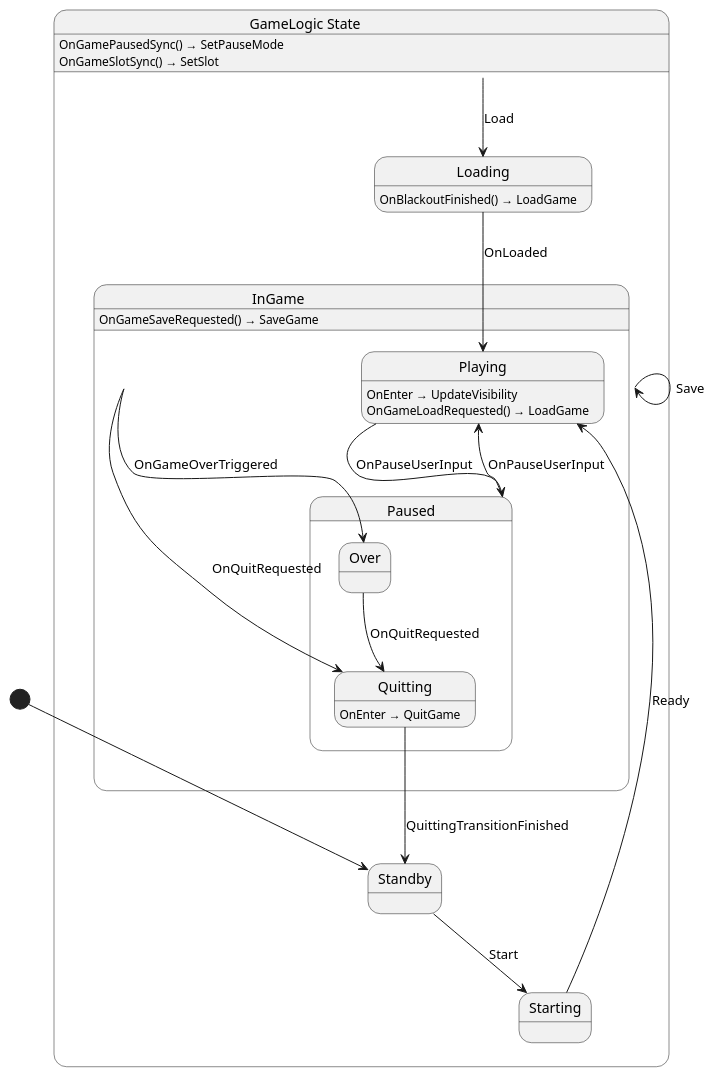
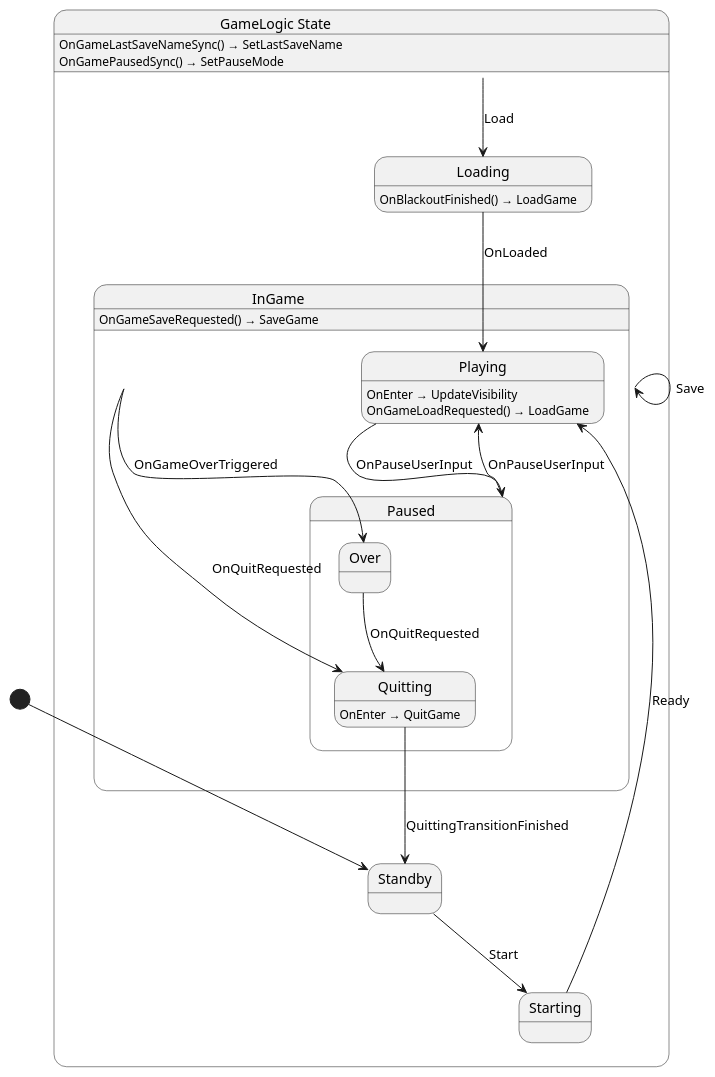
The diagram in Yolk.Logic/Game/GameLogic.g.puml (nilsiker/yolk), drawn with PlantUML before and after one commit. The commit also changed 9 other files, not shown here.

```diff
--- a/Yolk.Logic/Game/GameLogic.g.puml
+++ b/Yolk.Logic/Game/GameLogic.g.puml
@@ -1,36 +1,36 @@
 @startuml GameLogic
 state "GameLogic State" as Yolk_Game_GameLogic_State {
   state "InGame" as Yolk_Game_GameLogic_State_InGame {
     state "Paused" as Yolk_Game_GameLogic_State_InGame_Paused {
       state "Over" as Yolk_Game_GameLogic_State_InGame_Paused_Over
       state "Quitting" as Yolk_Game_GameLogic_State_InGame_Paused_Quitting
     }
     state "Playing" as Yolk_Game_GameLogic_State_InGame_Playing
   }
   state "Loading" as Yolk_Game_GameLogic_State_Loading
   state "Standby" as Yolk_Game_GameLogic_State_Standby
   state "Starting" as Yolk_Game_GameLogic_State_Starting
 }
 
 Yolk_Game_GameLogic_State --> Yolk_Game_GameLogic_State_Loading : Load
 Yolk_Game_GameLogic_State_InGame --> Yolk_Game_GameLogic_State_InGame : Save
 Yolk_Game_GameLogic_State_InGame --> Yolk_Game_GameLogic_State_InGame_Paused_Over : OnGameOverTriggered
 Yolk_Game_GameLogic_State_InGame --> Yolk_Game_GameLogic_State_InGame_Paused_Quitting : OnQuitRequested
 Yolk_Game_GameLogic_State_InGame_Paused --> Yolk_Game_GameLogic_State_InGame_Playing : OnPauseUserInput
 Yolk_Game_GameLogic_State_InGame_Paused_Over --> Yolk_Game_GameLogic_State_InGame_Paused_Quitting : OnQuitRequested
 Yolk_Game_GameLogic_State_InGame_Paused_Quitting --> Yolk_Game_GameLogic_State_Standby : QuittingTransitionFinished
 Yolk_Game_GameLogic_State_InGame_Playing --> Yolk_Game_GameLogic_State_InGame_Paused : OnPauseUserInput
 Yolk_Game_GameLogic_State_Loading --> Yolk_Game_GameLogic_State_InGame_Playing : OnLoaded
 Yolk_Game_GameLogic_State_Standby --> Yolk_Game_GameLogic_State_Starting : Start
 Yolk_Game_GameLogic_State_Starting --> Yolk_Game_GameLogic_State_InGame_Playing : Ready
 
+Yolk_Game_GameLogic_State : OnGameLastSaveNameSync() → SetLastSaveName
 Yolk_Game_GameLogic_State : OnGamePausedSync() → SetPauseMode
-Yolk_Game_GameLogic_State : OnGameSlotSync() → SetSlot
 Yolk_Game_GameLogic_State_InGame : OnGameSaveRequested() → SaveGame
 Yolk_Game_GameLogic_State_InGame_Paused_Quitting : OnEnter → QuitGame
 Yolk_Game_GameLogic_State_InGame_Playing : OnEnter → UpdateVisibility
 Yolk_Game_GameLogic_State_InGame_Playing : OnGameLoadRequested() → LoadGame
 Yolk_Game_GameLogic_State_Loading : OnBlackoutFinished() → LoadGame
 
 [*] --> Yolk_Game_GameLogic_State_Standby
 @enduml
```
